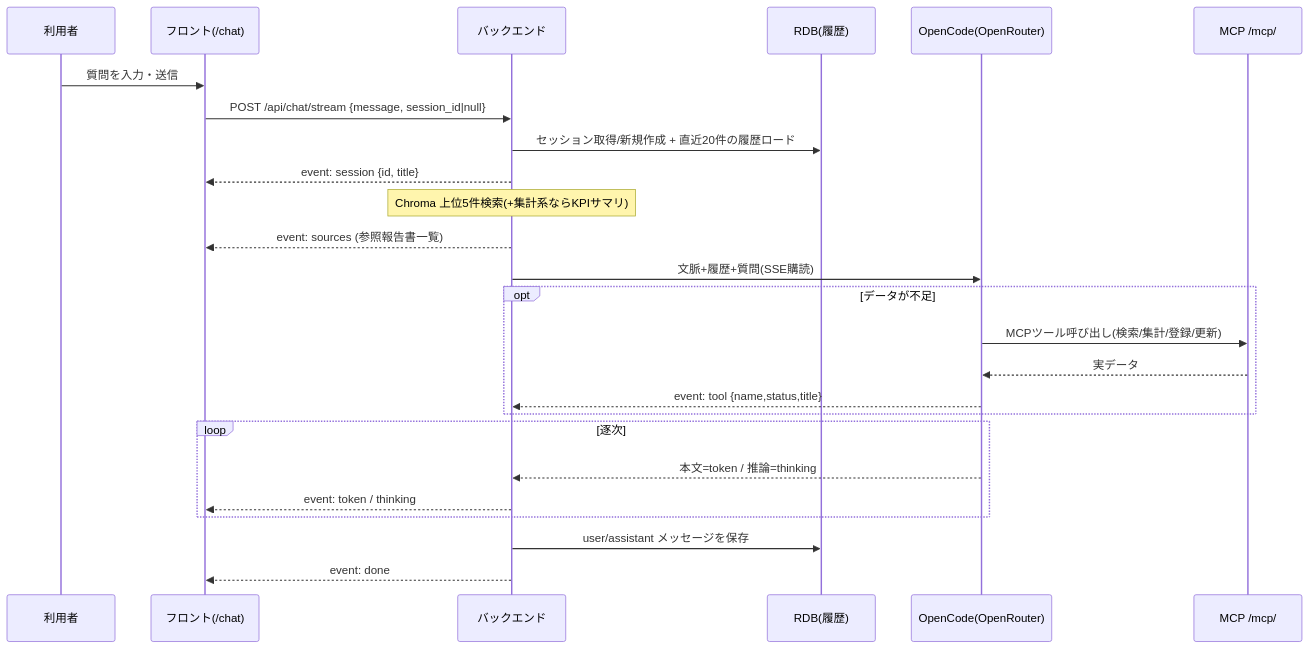
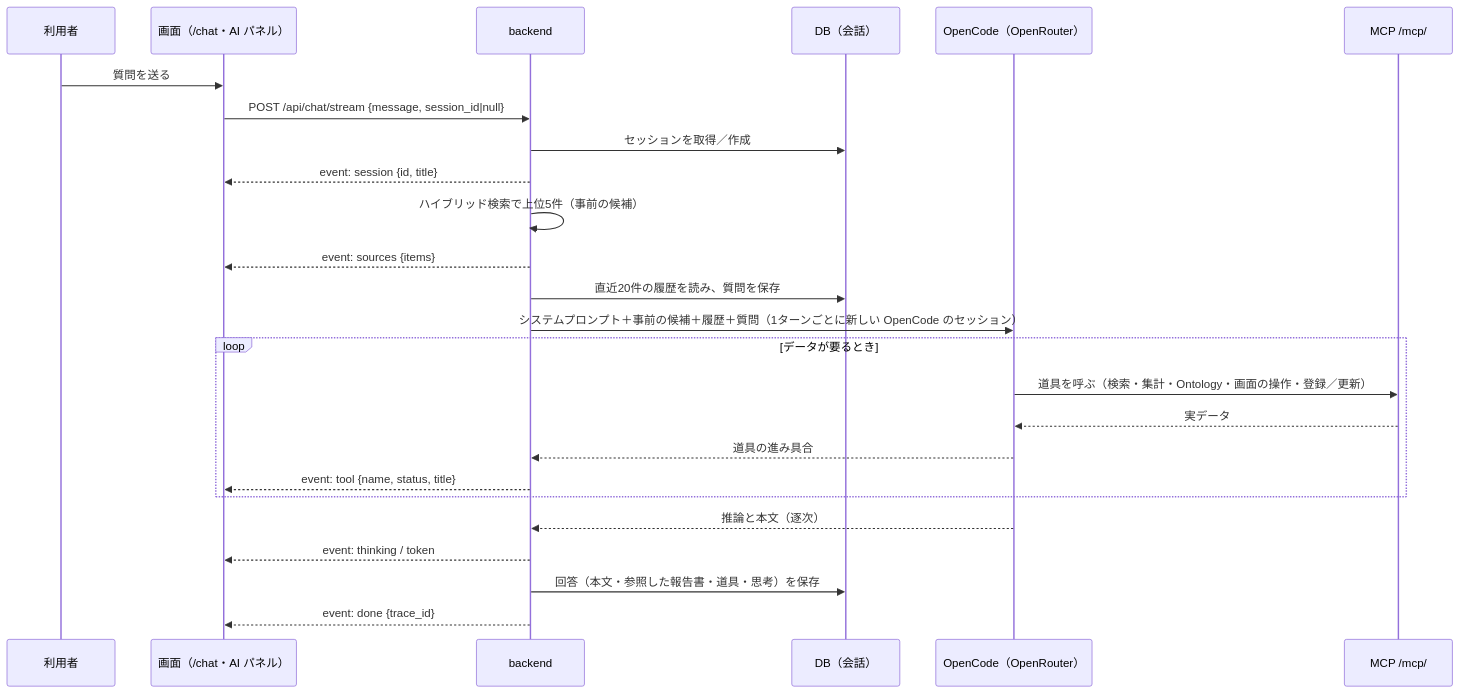
Before and after one commit to luvwinnie/2026_ai_seminar: the third of 5 diagrams in docs/02_機能仕様書.md, drawn with Mermaid. The commit also changed other lines of this file and 570 other files, not shown here.

````diff
--- a/docs/02_機能仕様書.md
+++ b/docs/02_機能仕様書.md
@@ -115,27 +156,27 @@
 ```mermaid
 sequenceDiagram
     participant U as 利用者
-    participant FE as フロント(/chat)
-    participant BE as バックエンド
-    participant DB as RDB(履歴)
-    participant OC as OpenCode(OpenRouter)
+    participant FE as 画面（/chat・AI パネル）
+    participant BE as backend
+    participant DB as DB（会話）
+    participant OC as OpenCode（OpenRouter）
     participant MCP as MCP /mcp/
-    U->>FE: 質問を入力・送信
+    U->>FE: 質問を送る
     FE->>BE: POST /api/chat/stream {message, session_id|null}
-    BE->>DB: セッション取得/新規作成 + 直近20件の履歴ロード
+    BE->>DB: セッションを取得／作成
     BE-->>FE: event: session {id, title}
-    Note over BE: Chroma 上位5件検索(+集計系ならKPIサマリ)
-    BE-->>FE: event: sources (参照報告書一覧)
-    BE->>OC: 文脈+履歴+質問(SSE購読)
-    opt データが不足
-      OC->>MCP: MCPツール呼び出し(検索/集計/登録/更新)
+    BE->>BE: ハイブリッド検索で上位5件（事前の候補）
+    BE-->>FE: event: sources {items}
+    BE->>DB: 直近20件の履歴を読み、質問を保存
+    BE->>OC: システムプロンプト＋事前の候補＋履歴＋質問（1ターンごとに新しい OpenCode のセッション）
+    loop データが要るとき
+      OC->>MCP: 道具を呼ぶ（検索・集計・Ontology・画面の操作・登録／更新）
       MCP-->>OC: 実データ
-      OC-->>BE: event: tool {name,status,title}
+      OC-->>BE: 道具の進み具合
+      BE-->>FE: event: tool {name, status, title}
     end
-    loop 逐次
-      OC-->>BE: 本文=token / 推論=thinking
-      BE-->>FE: event: token / thinking
-    end
-    BE->>DB: user/assistant メッセージを保存
-    BE-->>FE: event: done
+    OC-->>BE: 推論と本文（逐次）
+    BE-->>FE: event: thinking / token
+    BE->>DB: 回答（本文・参照した報告書・道具・思考）を保存
+    BE-->>FE: event: done {trace_id}
 ```
````
